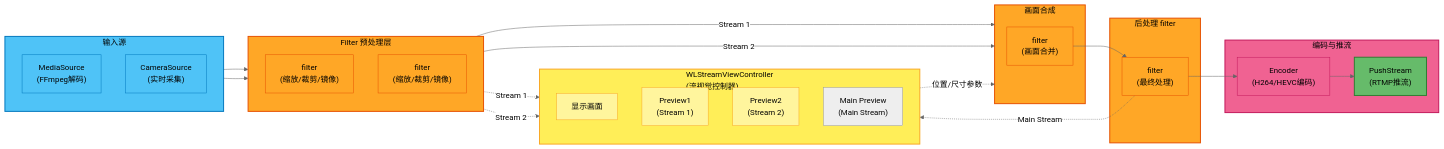
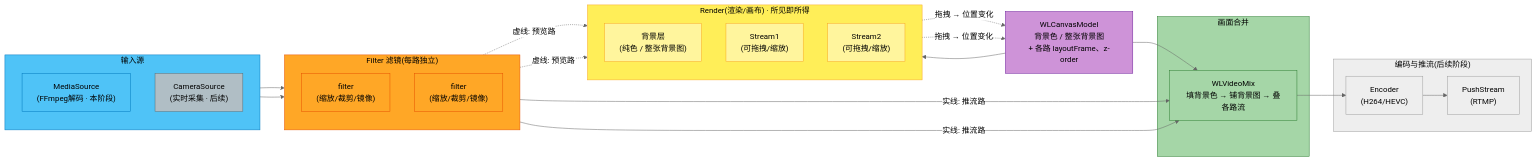
One commit to xiaerfei/WorkLabs changed the diagram in Doc/NewPlan/TaskNewPlan.md. Above: the diagram before and after it, drawn with Mermaid (neutral theme). The commit also changed other lines of this file and 18 other files, not shown here.

````diff
--- a/Doc/NewPlan/TaskNewPlan.md
+++ b/Doc/NewPlan/TaskNewPlan.md
@@ -185,69 +42,65 @@
 ```mermaid
 flowchart LR
     subgraph Sources["输入源"]
         direction TB
-        MediaSource["MediaSource<br/>(FFmpeg解码)"]
-        CameraSource["CameraSource<br/>(实时采集)"]
+        MediaSource["MediaSource<br/>(FFmpeg解码 · 本阶段)"]
+        CameraSource["CameraSource<br/>(实时采集 · 后续)"]
     end
 
-    subgraph Filters["Filter 预处理层"]
+    subgraph Filters["Filter 滤镜(每路独立)"]
         direction TB
         Filter1["filter<br/>(缩放/裁剪/镜像)"]
         Filter2["filter<br/>(缩放/裁剪/镜像)"]
     end
 
-    subgraph Controller["WLStreamViewController<br/>(流视觉控制器)"]
+    Canvas["WLCanvasModel<br/>背景色 / 整张背景图<br/>+ 各路 layoutFrame、z-order"]
+
+    subgraph Render["Render(渲染/画布) · 所见即所得"]
         direction TB
-        DisplayArea["显示画面"]
-        Preview1["Preview1<br/>(Stream 1)"]
-        Preview2["Preview2<br/>(Stream 2)"]
-        MainPreview["Main Preview<br/>(Main Stream)"]
+        BG["背景层<br/>(纯色 / 整张背景图)"]
+        Stream1["Stream1<br/>(可拖拽/缩放)"]
+        Stream2["Stream2<br/>(可拖拽/缩放)"]
     end
 
-    subgraph MixProcess["画面合成"]
-        MixFilter["filter<br/>(画面合并)"]
+    subgraph MixGroup["画面合并"]
+        VideoMix["WLVideoMix<br/>填背景色 → 铺背景图 → 叠各路流"]
     end
 
-    subgraph PostFilter["后处理 filter"]
-        FinalFilter["filter<br/>(最终处理)"]
-    end
-
-    subgraph EncodePush["编码与推流"]
-        Encoder["Encoder<br/>(H264/HEVC编码)"]
-        PushStream["PushStream<br/>(RTMP推流)"]
+    subgraph EncodePush["编码与推流(后续阶段)"]
+        Encoder["Encoder<br/>(H264/HEVC)"]
+        PushStream["PushStream<br/>(RTMP)"]
     end
 
     MediaSource --> Filter1
     CameraSource --> Filter2
-    
-    Filter1 -- "Stream 1" --> MixProcess
-    Filter2 -- "Stream 2" --> MixProcess
-    
-    Filter1 -. "Stream 1" .-> Controller
-    Filter2 -. "Stream 2" .-> Controller
-    
-    MixFilter --> FinalFilter
-    FinalFilter -. "Main Stream" .-> Controller
-    FinalFilter --> Encoder
+
+    Filter1 -- "实线: 推流路" --> VideoMix
+    Filter2 -- "实线: 推流路" --> VideoMix
+    Filter1 -. "虚线: 预览路" .-> Stream1
+    Filter2 -. "虚线: 预览路" .-> Stream2
+
+    Canvas --> BG
+    Canvas --> VideoMix
+    Stream1 -. "拖拽 → 位置变化" .-> Canvas
+    Stream2 -. "拖拽 → 位置变化" .-> Canvas
+
+    VideoMix --> Encoder
     Encoder --> PushStream
-    
-    Controller -. "位置/尺寸参数" .-> MixProcess
 
-    style Sources fill:#4fc3f7,stroke:#0277bd,stroke-width:2px,color:#000
-    style MediaSource fill:#4fc3f7,stroke:#0277bd,stroke-width:1px,color:#000
-    style CameraSource fill:#4fc3f7,stroke:#0277bd,stroke-width:1px,color:#000
-    style Filters fill:#ffa726,stroke:#e65100,stroke-width:2px,color:#000
-    style Filter1 fill:#ffa726,stroke:#e65100,stroke-width:1px,color:#000
-    style Filter2 fill:#ffa726,stroke:#e65100,stroke-width:1px,color:#000
-    style Controller fill:#ffee58,stroke:#f9a825,stroke-width:2px,color:#000
-    style DisplayArea fill:#fff59d,stroke:#f9a825,stroke-width:1px,color:#000
-    style Preview1 fill:#fff59d,stroke:#f9a825,stroke-width:1px,color:#000
-    style Preview2 fill:#fff59d,stroke:#f9a825,stroke-width:1px,color:#000
-    style MixProcess fill:#ffa726,stroke:#e65100,stroke-width:2px,color:#000
-    style MixFilter fill:#ffa726,stroke:#e65100,stroke-width:1px,color:#000
-    style PostFilter fill:#ffa726,stroke:#e65100,stroke-width:2px,color:#000
-    style FinalFilter fill:#ffa726,stroke:#e65100,stroke-width:1px,color:#000
-    style EncodePush fill:#f06292,stroke:#c2185b,stroke-width:2px,color:#000
-    style Encoder fill:#f06292,stroke:#c2185b,stroke-width:1px,color:#000
-    style PushStream fill:#66bb6a,stroke:#2e7d32,stroke-width:2px,color:#000
+    style Sources fill:#4fc3f7,stroke:#0277bd,color:#000
+    style MediaSource fill:#4fc3f7,stroke:#0277bd,color:#000
+    style CameraSource fill:#b0bec5,stroke:#546e7a,color:#000
+    style Filters fill:#ffa726,stroke:#e65100,color:#000
+    style Filter1 fill:#ffa726,stroke:#e65100,color:#000
+    style Filter2 fill:#ffa726,stroke:#e65100,color:#000
+    style Canvas fill:#ce93d8,stroke:#6a1b9a,color:#000
+    style Render fill:#ffee58,stroke:#f9a825,color:#000
+    style BG fill:#fff59d,stroke:#f9a825,color:#000
+    style Stream1 fill:#fff59d,stroke:#f9a825,color:#000
+    style Stream2 fill:#fff59d,stroke:#f9a825,color:#000
+    style MixGroup fill:#a5d6a7,stroke:#2e7d32,color:#000
+    style VideoMix fill:#a5d6a7,stroke:#2e7d32,color:#000
+    style EncodePush fill:#eeeeee,stroke:#9e9e9e,color:#000
+    style Encoder fill:#eeeeee,stroke:#9e9e9e,color:#000
+    style PushStream fill:#eeeeee,stroke:#9e9e9e,color:#000
 ```
````
